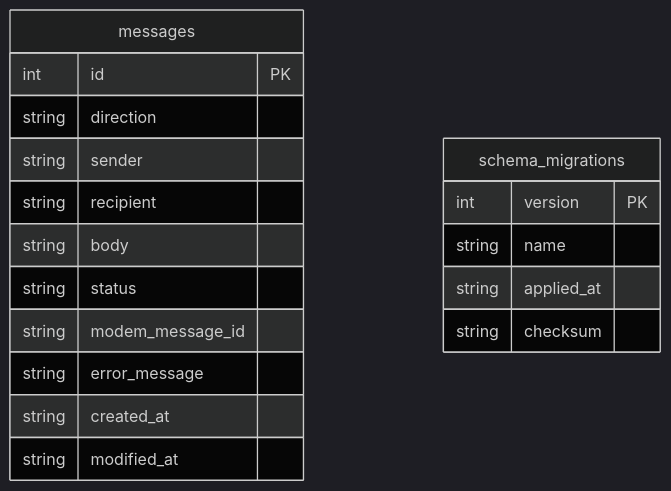
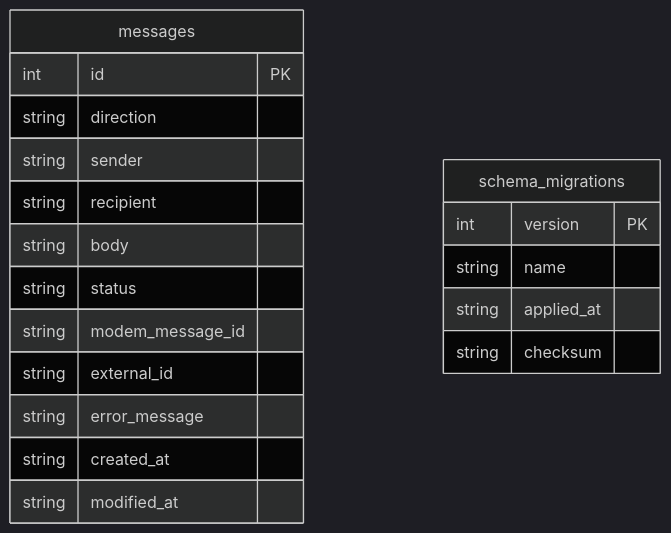
One commit to jonasfh/snippen-sms-service changed the sixth of 8 diagrams in docs/architecture.md. Above: the diagram before and after it, drawn with Mermaid (dark theme). The commit also changed other lines of this file and 19 other files, not shown here.

````diff
--- a/docs/architecture.md
+++ b/docs/architecture.md
@@ -220,21 +220,22 @@
 ```mermaid
 erDiagram
     messages {
         int id PK
         string direction
         string sender
         string recipient
         string body
         string status
         string modem_message_id
+        string external_id
         string error_message
         string created_at
         string modified_at
     }
     schema_migrations {
         int version PK
         string name
         string applied_at
         string checksum
     }
 ```
````
